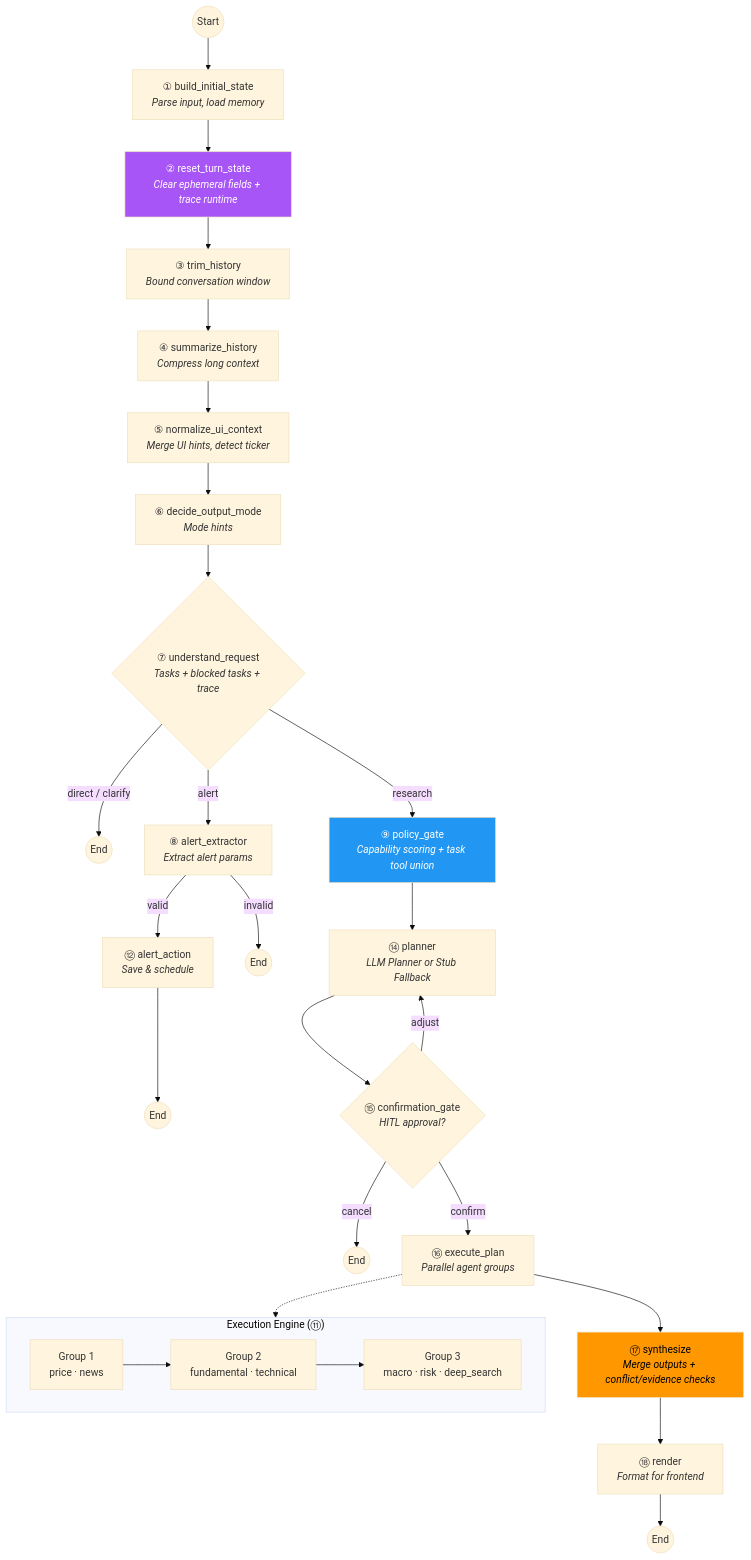
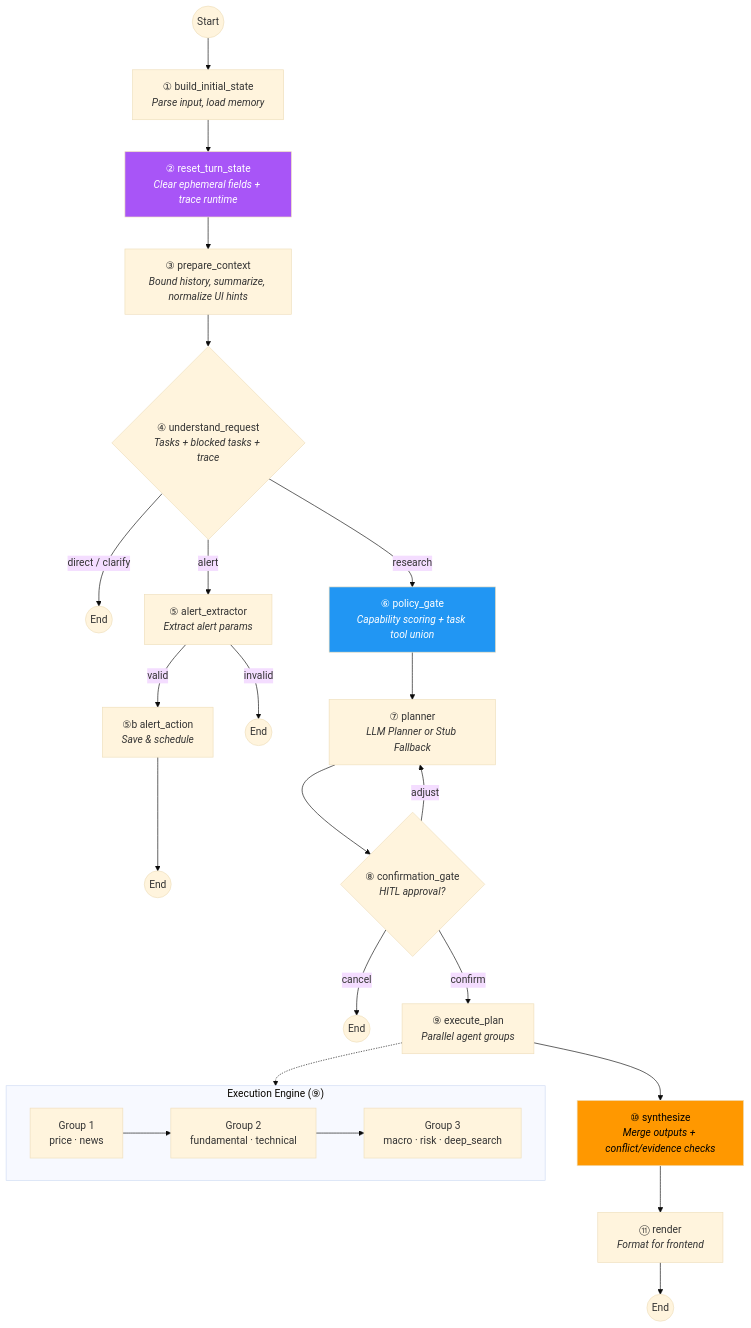
The second of 7 diagrams in README.md (kkkano/FinSight), drawn with Mermaid (base theme) before and after one commit. The commit also changed other lines of this file and 13 other files, not shown here.

Commit message:
docs: finalize request understanding architecture

````diff
--- a/README.md
+++ b/README.md
@@ -257,39 +257,36 @@
 ```mermaid
 flowchart TD
     START((Start)) --> INIT["① build_initial_state<br/><i>Parse input, load memory</i>"]
     INIT --> RESET["② reset_turn_state<br/><i>Clear ephemeral fields + trace runtime</i>"]
-    RESET --> TRIM["③ trim_history<br/><i>Bound conversation window</i>"]
-    TRIM --> SUMMARY["④ summarize_history<br/><i>Compress long context</i>"]
-    SUMMARY --> CTX["⑤ normalize_ui_context<br/><i>Merge UI hints, detect ticker</i>"]
-    CTX --> MODE["⑥ decide_output_mode<br/><i>Mode hints</i>"]
-    MODE --> UNDERSTAND{"⑦ understand_request<br/><i>Tasks + blocked tasks + trace</i>"}
+    RESET --> PREPARE["③ prepare_context<br/><i>Bound history, summarize, normalize UI hints</i>"]
+    PREPARE --> UNDERSTAND{"④ understand_request<br/><i>Tasks + blocked tasks + trace</i>"}
 
     UNDERSTAND -->|"direct / clarify"| END_CHAT((End))
-    UNDERSTAND -->|"alert"| ALERT_EX["⑧ alert_extractor<br/><i>Extract alert params</i>"]
-    ALERT_EX -->|"valid"| ALERT_ACT["⑫ alert_action<br/><i>Save & schedule</i>"]
+    UNDERSTAND -->|"alert"| ALERT_EX["⑤ alert_extractor<br/><i>Extract alert params</i>"]
+    ALERT_EX -->|"valid"| ALERT_ACT["⑤b alert_action<br/><i>Save & schedule</i>"]
     ALERT_EX -->|"invalid"| END_ALERT_INVALID((End))
     ALERT_ACT --> END_ALERT((End))
-    UNDERSTAND -->|"research"| POLICY["⑨ policy_gate<br/><i>Capability scoring + task tool union</i>"]
-    POLICY --> PLAN["⑭ planner<br/><i>LLM Planner or Stub Fallback</i>"]
+    UNDERSTAND -->|"research"| POLICY["⑥ policy_gate<br/><i>Capability scoring + task tool union</i>"]
+    POLICY --> PLAN["⑦ planner<br/><i>LLM Planner or Stub Fallback</i>"]
 
-    PLAN --> CONFIRM{"⑮ confirmation_gate<br/><i>HITL approval?</i>"}
+    PLAN --> CONFIRM{"⑧ confirmation_gate<br/><i>HITL approval?</i>"}
     CONFIRM -->|"cancel"| END_CANCEL((End))
     CONFIRM -->|"adjust"| PLAN
-    CONFIRM -->|"confirm"| EXEC["⑯ execute_plan<br/><i>Parallel agent groups</i>"]
+    CONFIRM -->|"confirm"| EXEC["⑨ execute_plan<br/><i>Parallel agent groups</i>"]
 
-    EXEC --> SYNTH["⑰ synthesize<br/><i>Merge outputs + conflict/evidence checks</i>"]
-    SYNTH --> RENDER["⑱ render<br/><i>Format for frontend</i>"]
+    EXEC --> SYNTH["⑩ synthesize<br/><i>Merge outputs + conflict/evidence checks</i>"]
+    SYNTH --> RENDER["⑪ render<br/><i>Format for frontend</i>"]
     RENDER --> END((End))
 
-    subgraph "Execution Engine (⑪)"
+    subgraph "Execution Engine (⑨)"
         direction LR
         EG1["Group 1<br/>price · news"] --> EG2["Group 2<br/>fundamental · technical"]
         EG2 --> EG3["Group 3<br/>macro · risk · deep_search"]
     end
 
     EXEC -.-> EG1
 
     style RESET fill:#a855f7,color:#fff
     style SYNTH fill:#ff9800,color:#000
     style POLICY fill:#2196f3,color:#fff
 ```
````
